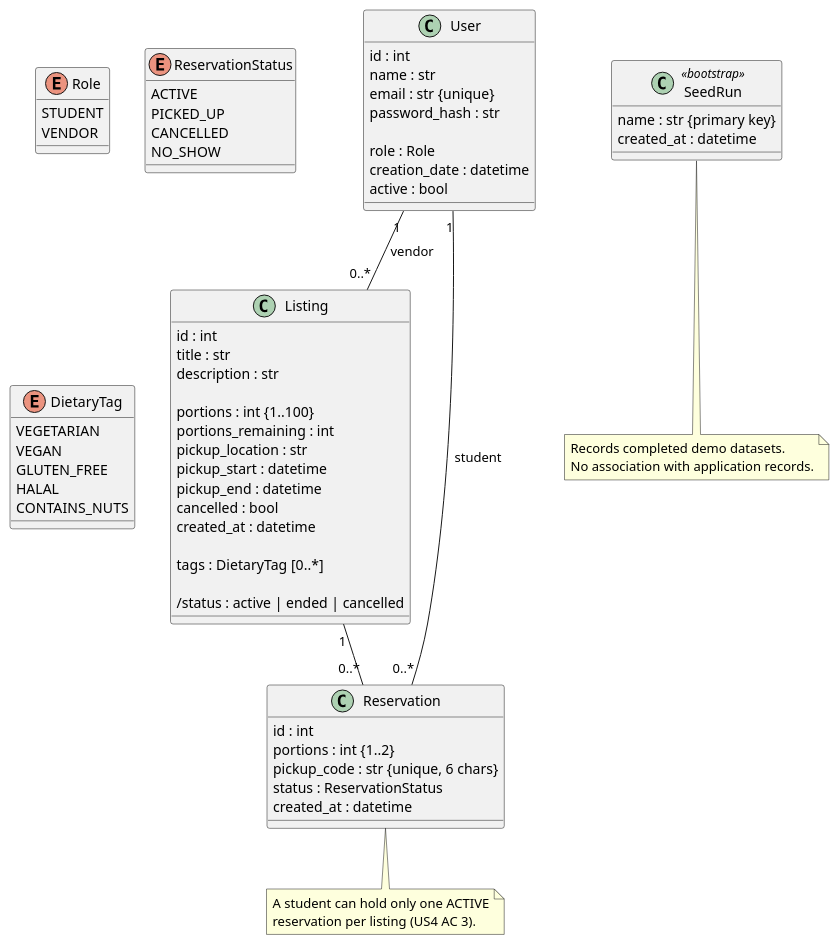
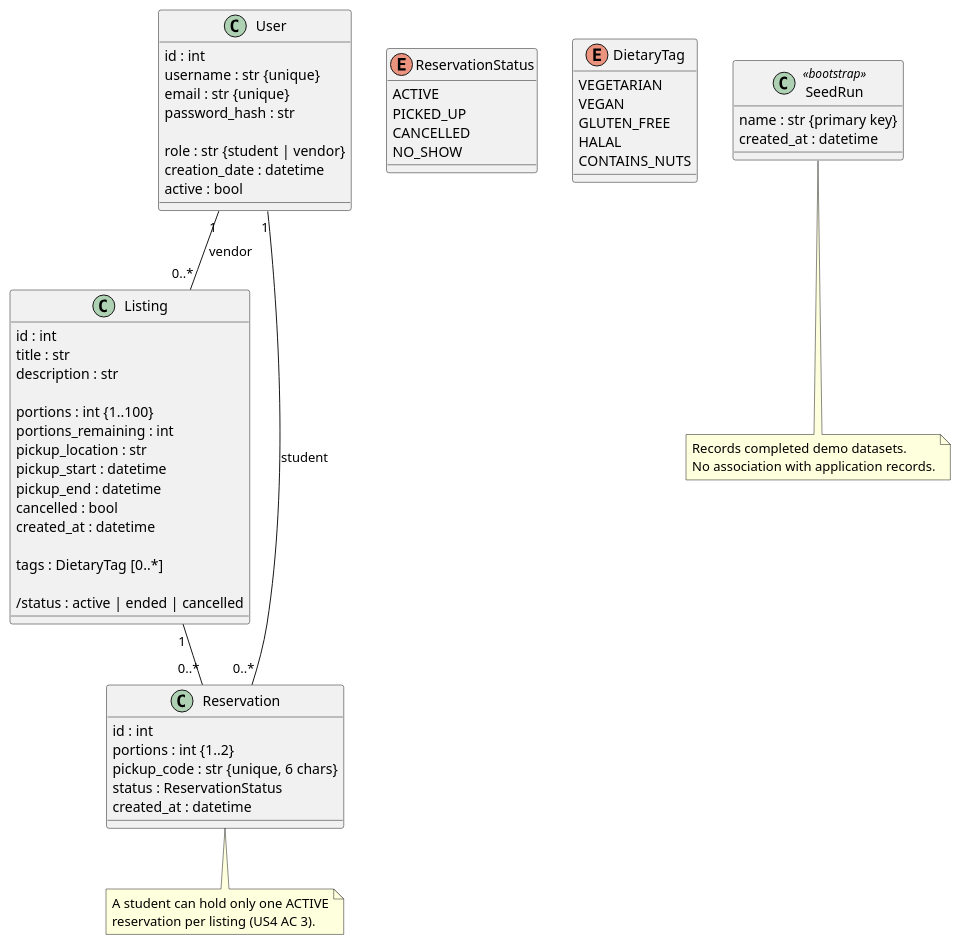
One commit to xsoul279/TeamLeftOutCampusEats changed the diagram in uml/class.wsd. Above: the diagram before and after it, drawn with PlantUML.

Commit message:
Update class diagram to match the database
- User.name is now username {unique}, matching the users table
- User.role is plain text (student | vendor), so the unused Role enum
  is removed from the diagram
- Moved the "enum" explanation above ReservationStatus

```diff
--- a/uml/class.wsd
+++ b/uml/class.wsd
@@ -1,98 +1,93 @@
 @startuml class
 
 ' ========== KEY ==========
 ' Numbers on the lines (how many):
 '   1      = exactly one
 '   0..1   = none or one
 '   0..*   = none, one, or a bunch (any amount)
 '   1..*   = at least one
 
-' "enum" = fixed list of options. User is either a STUDENT or a VENDOR
-enum Role {
-    STUDENT
-    VENDOR
-}
-
 class User {
     id : int
-    name : str
+    username : str {unique}
     email : str {unique}
     password_hash : str
 
-    ' role uses the Role list up top
-    role : Role
+    ' role is saved as plain text, either "student" or "vendor"
+    role : str {student | vendor}
     creation_date : datetime
     active : bool
 }
 
 class Listing {
     id : int
     title : str
     description : str
 
     ' {1..100} = has to be between 1 and 100
     portions : int {1..100}
     portions_remaining : int
     pickup_location : str
     pickup_start : datetime
     pickup_end : datetime
     cancelled : bool
     created_at : datetime
 
     ' [0..*] = zero or more tags. A listing can have none, one, or a bunch.
     tags : DietaryTag [0..*]
 
     ' The / means we calculate this
     ' Cancelled? -> cancelled. Past pickup_end? -> ended. Otherwise -> active.
     /status : active | ended | cancelled
 }
 
 ' No vendor or student fields in here. The lines at the bottom handle that.
 class Reservation {
     id : int
     portions : int {1..2}
     pickup_code : str {unique, 6 chars}
     status : ReservationStatus
     created_at : datetime
 }
 
+' "enum" = fixed list of options
 enum ReservationStatus {
     ACTIVE
     PICKED_UP
     CANCELLED
     NO_SHOW
 }
 
 enum DietaryTag {
     VEGETARIAN
     VEGAN
     GLUTEN_FREE
     HALAL
     CONTAINS_NUTS
 }
 
 ' One User has 0..* Listings. One Listing has 1 User (the vendor).
 User "1" -- "0..*" Listing : vendor
 
 ' One User has 0..* Reservations. One Reservation has 1 User (the student).
 User "1" -- "0..*" Reservation : student
 
 ' One Listing has 0..* Reservations. One Reservation has 1 Listing.
 Listing "1" -- "0..*" Reservation
 
 note bottom of Reservation
   A student can hold only one ACTIVE
   reservation per listing (US4 AC 3).
 end note
 
 class SeedRun <<bootstrap>> {
     name : str {primary key}
     created_at : datetime
 }
 
 note bottom of SeedRun
   Records completed demo datasets.
   No association with application records.
 end note
 
 @enduml
```
